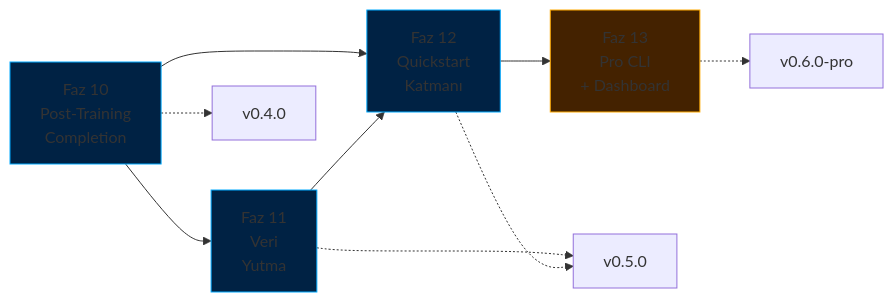
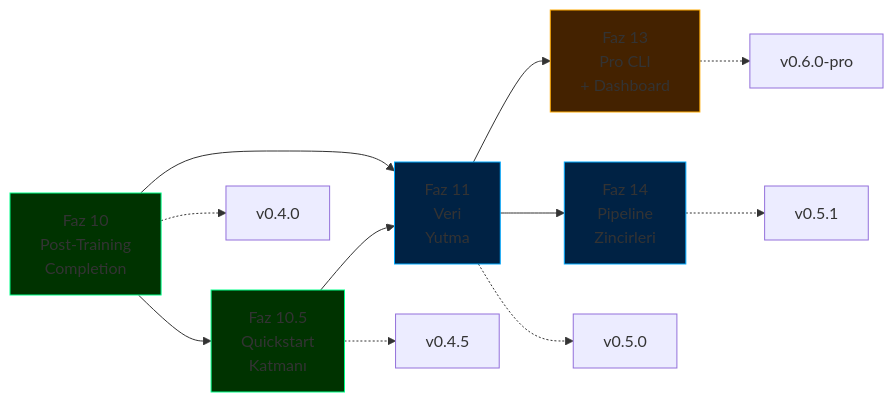
The diagram in docs/roadmap-tr.md (cemililik/ForgeLM), drawn with Mermaid before and after one commit. The commit also changed other lines of this file and 13 other files, not shown here.

````diff
--- a/docs/roadmap-tr.md
+++ b/docs/roadmap-tr.md
@@ -22,17 +22,20 @@
 ```mermaid
 graph LR
-    P10[Faz 10<br/>Post-Training<br/>Completion] --> P11[Faz 11<br/>Veri<br/>Yutma]
-    P10 --> P12[Faz 12<br/>Quickstart<br/>Katmanı]
-    P11 --> P12
-    P12 --> P13[Faz 13<br/>Pro CLI<br/>+ Dashboard]
+    P10[Faz 10<br/>Post-Training<br/>Completion] --> P105[Faz 10.5<br/>Quickstart<br/>Katmanı]
+    P10 --> P11[Faz 11<br/>Veri<br/>Yutma]
+    P105 --> P11
+    P11 --> P13[Faz 13<br/>Pro CLI<br/>+ Dashboard]
+    P11 --> P14[Faz 14<br/>Pipeline<br/>Zincirleri]
 
     P10 -.-> V1[v0.4.0]
+    P105 -.-> V15[v0.4.5]
     P11 -.-> V2[v0.5.0]
-    P12 -.-> V2
+    P14 -.-> V25[v0.5.1]
     P13 -.-> V3[v0.6.0-pro]
 
-    style P10 fill:#002244,stroke:#00aaff
+    style P10 fill:#003300,stroke:#00ff88
+    style P105 fill:#003300,stroke:#00ff88
     style P11 fill:#002244,stroke:#00aaff
-    style P12 fill:#002244,stroke:#00aaff
     style P13 fill:#442200,stroke:#ffaa00
+    style P14 fill:#002244,stroke:#00aaff
 ```
````
